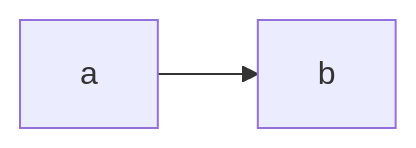
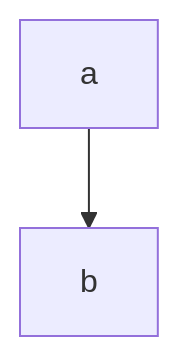
The diagram in vault/science.CS.Algorithms.md (petrovs12/PublicPersonalKnowledgeBase), drawn with Mermaid before and after one commit. The commit also changed 23 other files, not shown here.

````diff
--- a/vault/science.CS.Algorithms.md
+++ b/vault/science.CS.Algorithms.md
@@ -13,4 +13,6 @@
-```{mermaid}
-graph LR;
-a-->b
+```mermaid
+
+graph TD;
+a-->b;
+
 ```
````
